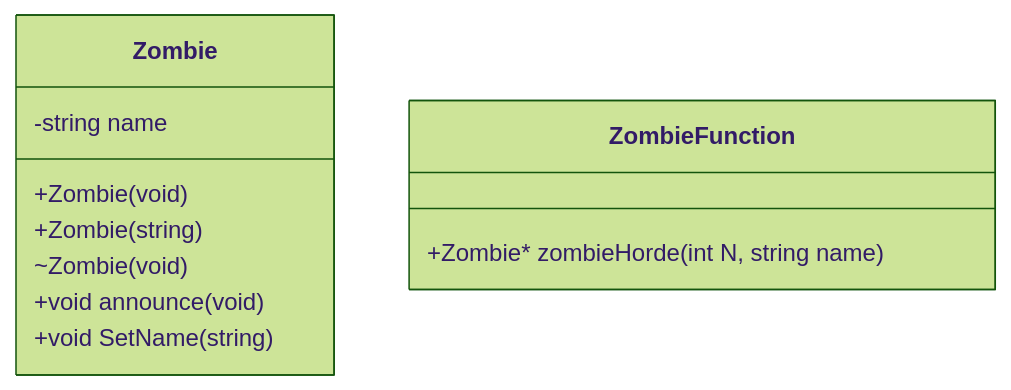
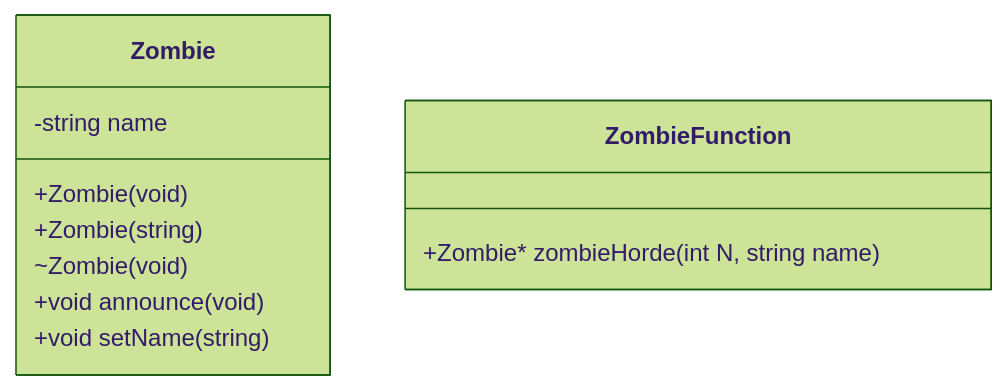
Before and after one commit to rikeda-cloud/cpp: the diagram in cpp01/ex01/asset/class_diagram.md, drawn with Mermaid (forest theme). The commit also changed 19 other files, not shown here.

````diff
--- a/cpp01/ex01/asset/class_diagram.md
+++ b/cpp01/ex01/asset/class_diagram.md
@@ -1,17 +1,17 @@
 ```mermaid
 classDiagram
 
 class ZOMBIE["Zombie"] {
     -string name
 
     +Zombie(void)
     +Zombie(string)
     ~Zombie(void)
     +void   announce(void)
-    +void   SetName(string)
+    +void   setName(string)
 }
 
 class ZOMBIE_FUNCTION["ZombieFunction"] {
     +Zombie*    zombieHorde(int N, string name)
 }
 ```
````
